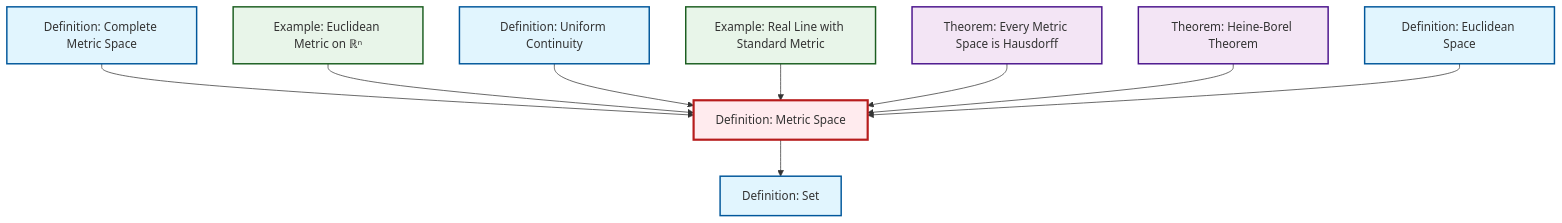
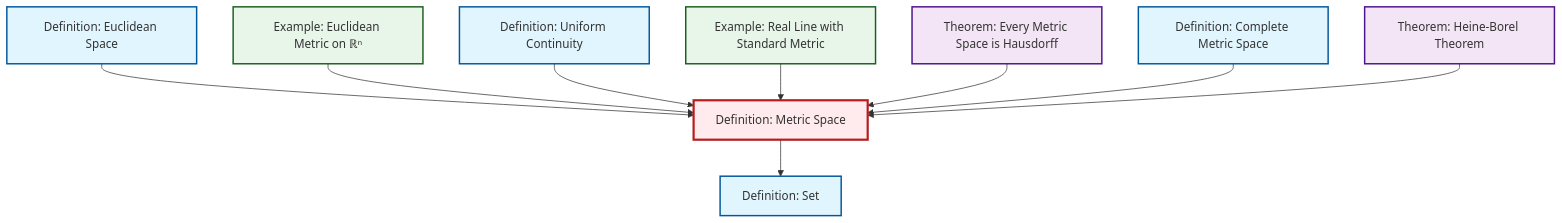
One commit to RK0429/ModernMath changed the diagram in content/en/analysis/def-metric-space.qmd. Above: the diagram before and after it, drawn with Mermaid. The commit also changed other lines of this file and 360 other files, not shown here.

````diff
--- a/content/en/analysis/def-metric-space.qmd
+++ b/content/en/analysis/def-metric-space.qmd
@@ -50,35 +50,35 @@
 ```{mermaid}
 %%| fig-cap: "Local dependency graph"
 graph TD
     classDef definition fill:#e1f5fe,stroke:#01579b,stroke-width:2px
     classDef theorem fill:#f3e5f5,stroke:#4a148c,stroke-width:2px
     classDef axiom fill:#fff3e0,stroke:#e65100,stroke-width:2px
     classDef example fill:#e8f5e9,stroke:#1b5e20,stroke-width:2px
     classDef current fill:#ffebee,stroke:#b71c1c,stroke-width:3px
+    def-metric-space["Definition: Metric Space"]:::definition
+    thm-metric-hausdorff["Theorem: Every Metric Space is Hausdorff"]:::theorem
+    thm-heine-borel["Theorem: Heine-Borel Theorem"]:::theorem
+    def-uniform-continuity["Definition: Uniform Continuity"]:::definition
+    def-set["Definition: Set"]:::definition
+    ex-euclidean-metric["Example: Euclidean Metric on ℝⁿ"]:::example
+    def-euclidean-space["Definition: Euclidean Space"]:::definition
     ex-real-line-metric["Example: Real Line with Standard Metric"]:::example
     def-complete-metric-space["Definition: Complete Metric Space"]:::definition
-    thm-heine-borel["Theorem: Heine-Borel Theorem"]:::theorem
-    ex-euclidean-metric["Example: Euclidean Metric on ℝⁿ"]:::example
-    def-uniform-continuity["Definition: Uniform Continuity"]:::definition
-    def-euclidean-space["Definition: Euclidean Space"]:::definition
-    def-set["Definition: Set"]:::definition
-    def-metric-space["Definition: Metric Space"]:::definition
-    thm-metric-hausdorff["Theorem: Every Metric Space is Hausdorff"]:::theorem
-    def-complete-metric-space --> def-metric-space
-    def-metric-space --> def-set
+    def-euclidean-space --> def-metric-space
     ex-euclidean-metric --> def-metric-space
     def-uniform-continuity --> def-metric-space
     ex-real-line-metric --> def-metric-space
+    def-metric-space --> def-set
     thm-metric-hausdorff --> def-metric-space
+    def-complete-metric-space --> def-metric-space
     thm-heine-borel --> def-metric-space
-    def-euclidean-space --> def-metric-space
     class def-metric-space current
+    click thm-metric-hausdorff "thm-metric-hausdorff.html" "Go to Every Metric Space is Hausdorff theorem"
+    click thm-heine-borel "thm-heine-borel.html" "Go to Heine-Borel Theorem theorem"
+    click def-uniform-continuity "def-uniform-continuity.html" "Go to Uniform Continuity definition"
+    click def-set "def-set.html" "Go to Set definition"
+    click ex-euclidean-metric "ex-euclidean-metric.html" "Go to Euclidean Metric on ℝⁿ example"
+    click def-euclidean-space "def-euclidean-space.html" "Go to Euclidean Space definition"
     click ex-real-line-metric "ex-real-line-metric.html" "Go to Real Line with Standard Metric example"
     click def-complete-metric-space "def-complete-metric-space.html" "Go to Complete Metric Space definition"
-    click thm-heine-borel "thm-heine-borel.html" "Go to Heine-Borel Theorem theorem"
-    click ex-euclidean-metric "ex-euclidean-metric.html" "Go to Euclidean Metric on ℝⁿ example"
-    click def-uniform-continuity "def-uniform-continuity.html" "Go to Uniform Continuity definition"
-    click def-euclidean-space "def-euclidean-space.html" "Go to Euclidean Space definition"
-    click def-set "def-set.html" "Go to Set definition"
-    click thm-metric-hausdorff "thm-metric-hausdorff.html" "Go to Every Metric Space is Hausdorff theorem"
 ```
````
